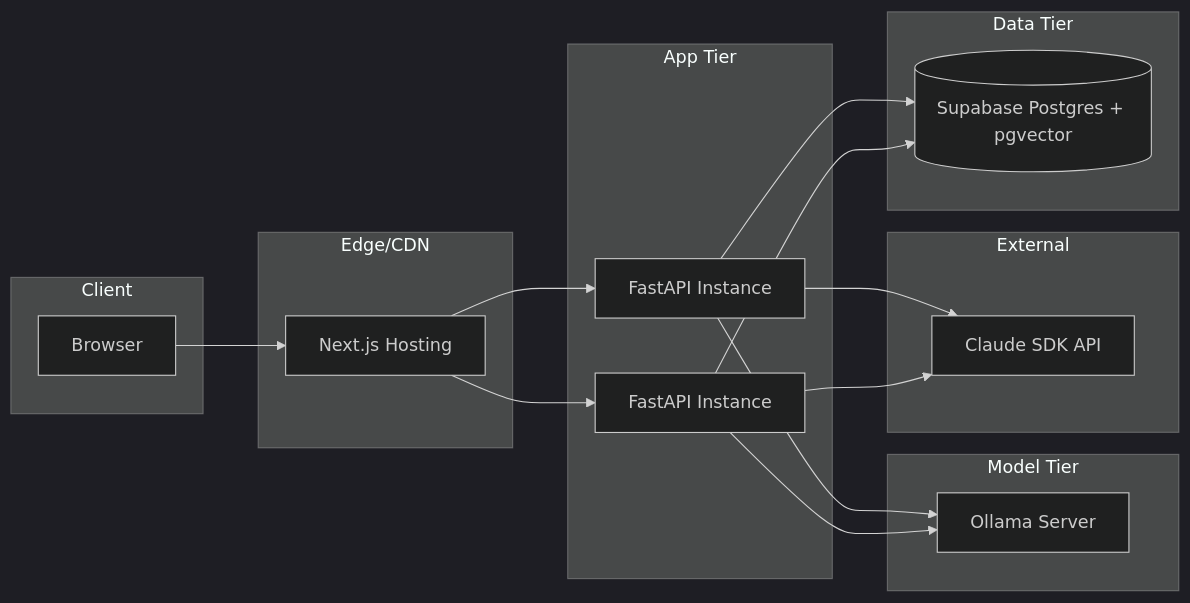
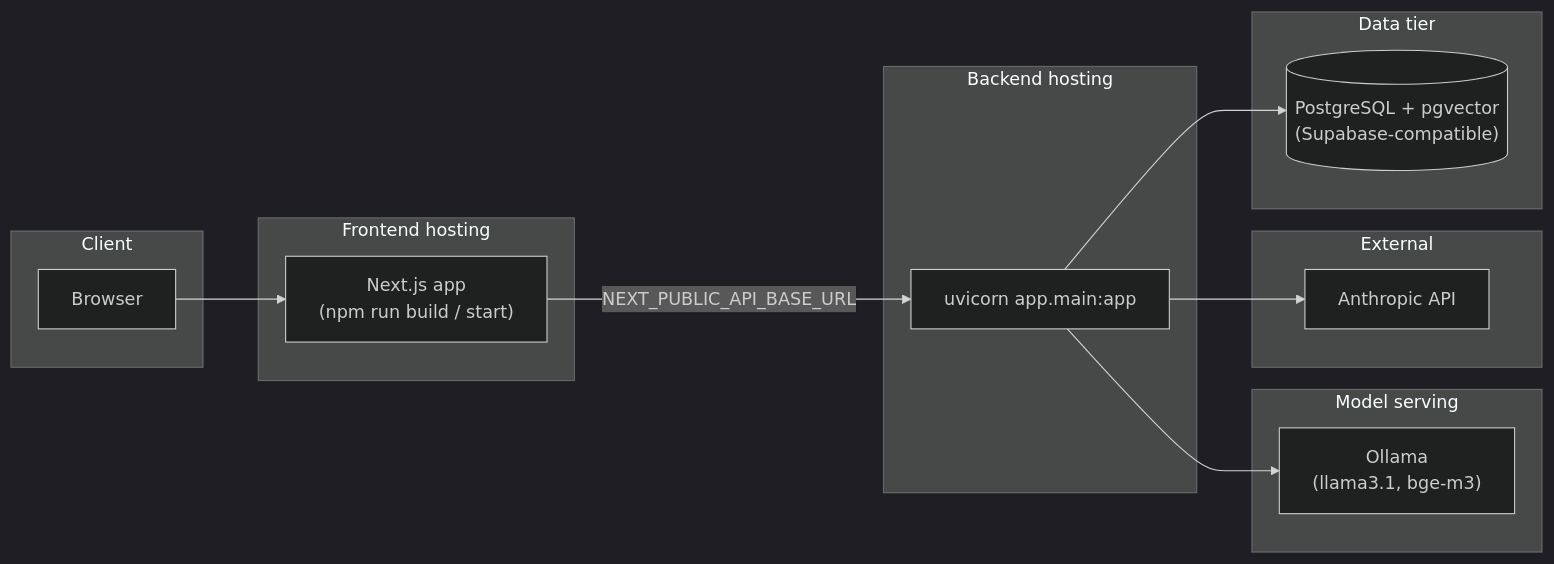
One commit to Lakshan-21/Lenny-Growth-Assistant changed the eighth of 8 diagrams in docs/ARCHITECTURE.md. Above: the diagram before and after it, drawn with Mermaid (dark theme). The commit also changed other lines of this file and 30 other files, not shown here.

````diff
--- a/docs/ARCHITECTURE.md
+++ b/docs/ARCHITECTURE.md
@@ -220,32 +610,27 @@
 ```mermaid
 graph LR
     subgraph Client
         Browser
     end
-    subgraph Edge/CDN
-        FEHost[Next.js Hosting]
+    subgraph FrontendHost["Frontend hosting"]
+        NextApp["Next.js app\n(npm run build / start)"]
     end
-    subgraph App Tier
-        API1[FastAPI Instance]
-        API2[FastAPI Instance]
+    subgraph BackendHost["Backend hosting"]
+        Uvicorn["uvicorn app.main:app"]
     end
-    subgraph Model Tier
-        OllamaHost[Ollama Server]
+    subgraph ModelHost["Model serving"]
+        OllamaServer["Ollama\n(llama3.1, bge-m3)"]
     end
     subgraph External
-        ClaudeAPI[Claude SDK API]
+        ClaudeAPI["Anthropic API"]
     end
-    subgraph Data Tier
-        Supabase[(Supabase Postgres + pgvector)]
+    subgraph DataTier["Data tier"]
+        Postgres[("PostgreSQL + pgvector\n(Supabase-compatible)")]
     end
 
-    Browser --> FEHost
-    FEHost --> API1
-    FEHost --> API2
-    API1 --> OllamaHost
-    API2 --> OllamaHost
-    API1 --> ClaudeAPI
-    API2 --> ClaudeAPI
-    API1 --> Supabase
-    API2 --> Supabase
+    Browser --> NextApp
+    NextApp -->|"NEXT_PUBLIC_API_BASE_URL"| Uvicorn
+    Uvicorn --> OllamaServer
+    Uvicorn --> ClaudeAPI
+    Uvicorn --> Postgres
 ```
````
